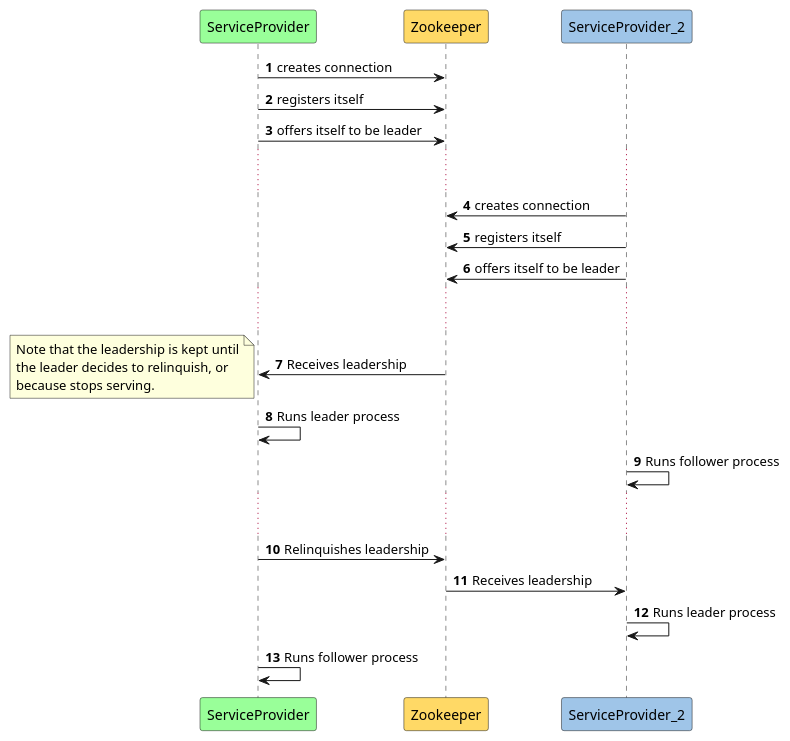
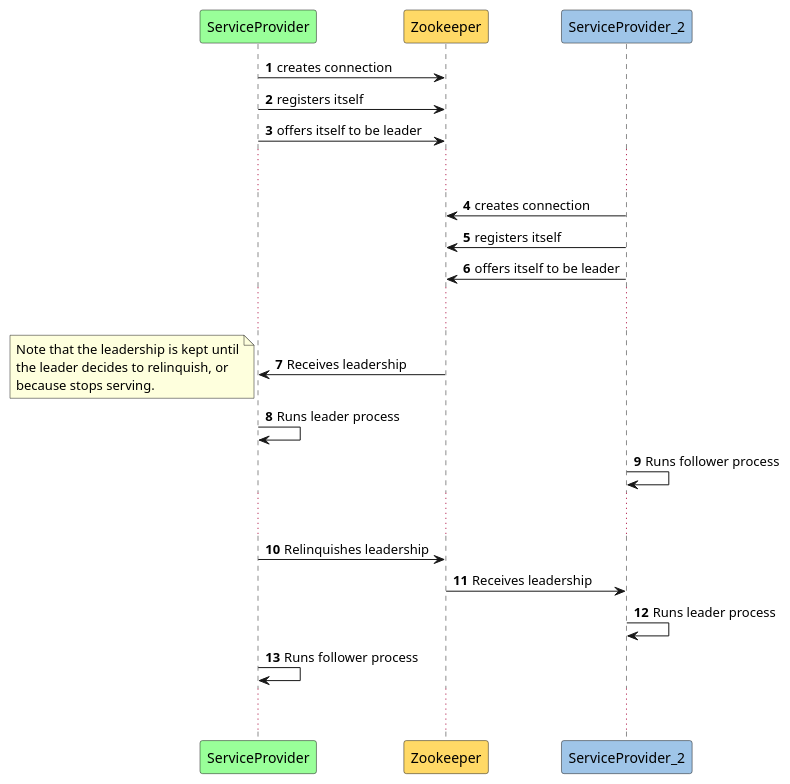
One commit to ubirch/zookeeper-service-discovery changed the diagram in assets/leadership.puml. Above: the diagram before and after it, drawn with PlantUML. The commit also changed 4 other files, not shown here.

```diff
--- a/assets/leadership.puml
+++ b/assets/leadership.puml
@@ -1,32 +1,33 @@
 @startuml
 'https://plantuml.com/sequence-diagram
 
 autonumber
 
 participant ServiceProvider #99FF99
 participant Zookeeper #ffd966
 participant ServiceProvider_2 #9fc5e8
 
 ServiceProvider -> Zookeeper: creates connection
 ServiceProvider -> Zookeeper: registers itself
 ServiceProvider -> Zookeeper: offers itself to be leader
 ... ...
 ServiceProvider_2 -> Zookeeper: creates connection
 ServiceProvider_2 -> Zookeeper: registers itself
 ServiceProvider_2 -> Zookeeper: offers itself to be leader
 ... ...
 Zookeeper -> ServiceProvider: Receives leadership
 note left
     Note that the leadership is kept until
     the leader decides to relinquish, or
     because stops serving.
 end note
 ServiceProvider -> ServiceProvider: Runs leader process
 ServiceProvider_2 -> ServiceProvider_2: Runs follower process
 ... ...
 ServiceProvider -> Zookeeper: Relinquishes leadership
 Zookeeper -> ServiceProvider_2: Receives leadership
 ServiceProvider_2 -> ServiceProvider_2: Runs leader process
 ServiceProvider -> ServiceProvider: Runs follower process
+... ...
 
 @enduml
```
